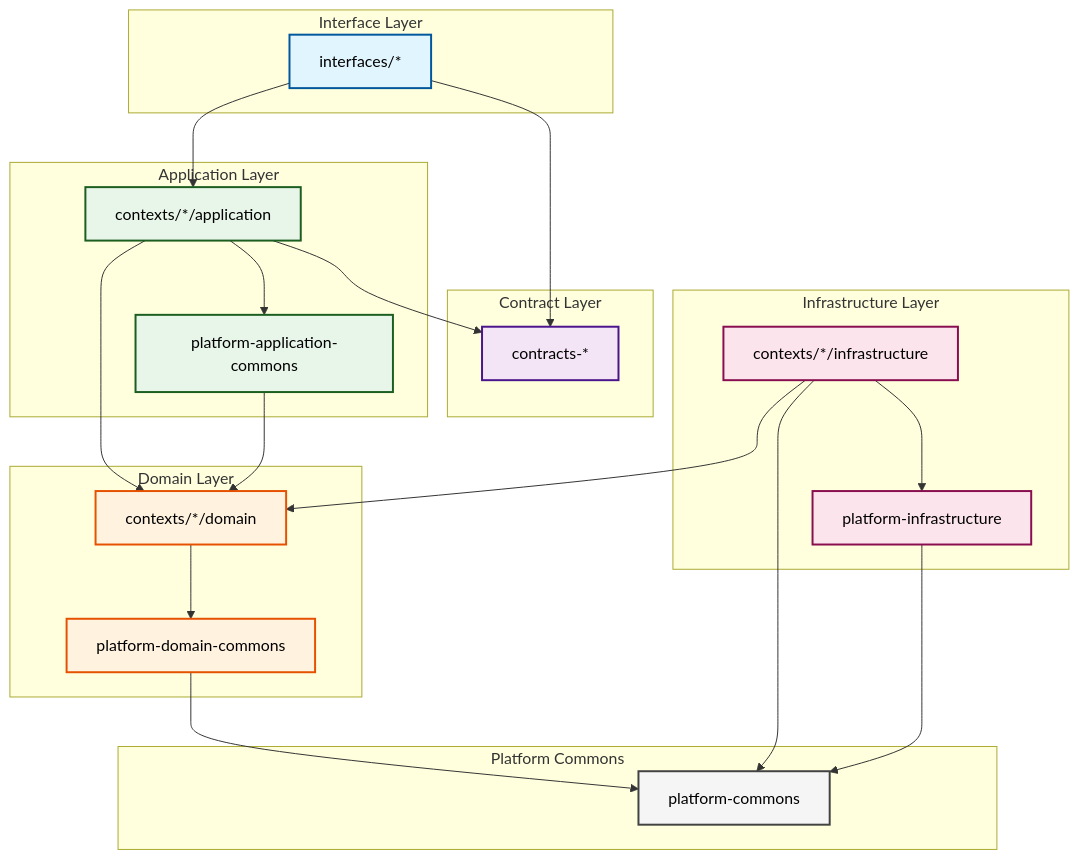
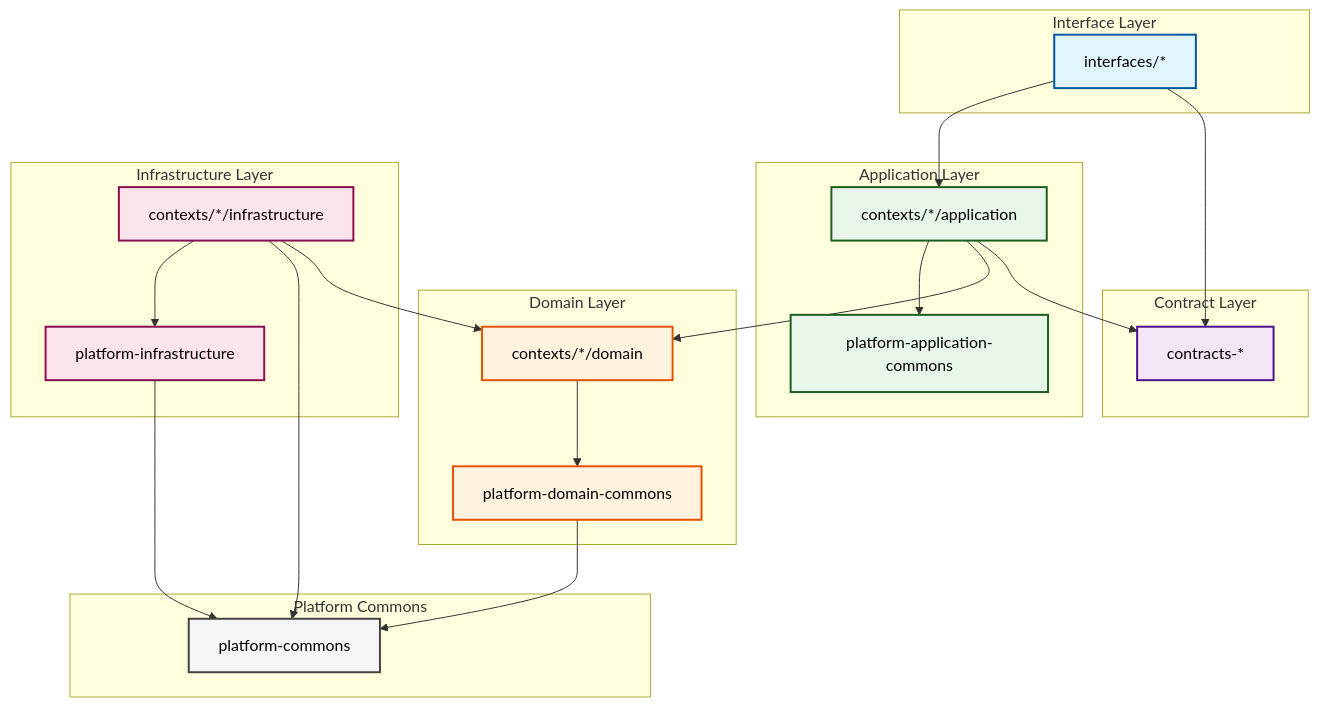
One commit to kamiazya/scopes changed the diagram in docs/architecture/guidelines/dependency-rules.md. Above: the diagram before and after it, drawn with Mermaid. The commit also changed other lines of this file and 4 other files, not shown here.

````diff
--- a/docs/architecture/guidelines/dependency-rules.md
+++ b/docs/architecture/guidelines/dependency-rules.md
@@ -9,65 +9,63 @@
 ```mermaid
 graph TD
     %% Group definitions
     subgraph "Interface Layer"
         interfaces[interfaces/*]
     end
     
     subgraph "Contract Layer"
         contracts[contracts-*]
     end
     
     subgraph "Application Layer"
         contexts_app[contexts/*/application]
         platform_app[platform-application-commons]
     end
     
     subgraph "Domain Layer"
         contexts_domain[contexts/*/domain]
         platform_domain[platform-domain-commons]
     end
     
     subgraph "Infrastructure Layer"
         contexts_infra[contexts/*/infrastructure]
         platform_infra[platform-infrastructure]
     end
     
     subgraph "Platform Commons"
         platform_commons[platform-commons]
     end
     
     %% Dependencies
     interfaces --> contracts
     interfaces --> contexts_app
     
     contexts_app --> contracts
     contexts_app --> contexts_domain
     contexts_app --> platform_app
     
-    platform_app --> contexts_domain
-    
     contexts_domain --> platform_domain
     
     platform_domain --> platform_commons
     
     contexts_infra --> contexts_domain
     contexts_infra --> platform_commons
     contexts_infra --> platform_infra
     
     platform_infra --> platform_commons
     
     %% Styling
     classDef interfaceClass fill:#e1f5fe,stroke:#01579b,stroke-width:2px,color:#000
     classDef contractClass fill:#f3e5f5,stroke:#4a148c,stroke-width:2px,color:#000
     classDef appClass fill:#e8f5e9,stroke:#1b5e20,stroke-width:2px,color:#000
     classDef domainClass fill:#fff3e0,stroke:#e65100,stroke-width:2px,color:#000
     classDef infraClass fill:#fce4ec,stroke:#880e4f,stroke-width:2px,color:#000
     classDef commonsClass fill:#f5f5f5,stroke:#424242,stroke-width:2px,color:#000
     
     class interfaces interfaceClass
     class contracts contractClass
     class contexts_app,platform_app appClass
     class contexts_domain,platform_domain domainClass
     class contexts_infra,platform_infra infraClass
     class platform_commons commonsClass
 ```
````
